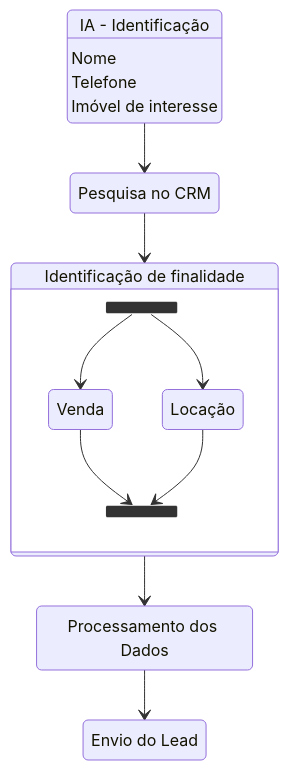
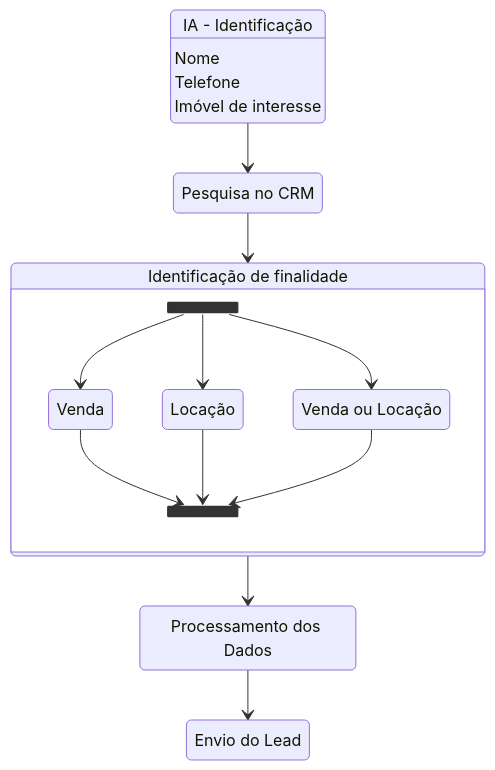
Before and after one commit to pepeleascov/cmsouza: the second of 2 diagrams in readme.md, drawn with Mermaid.

````diff
--- a/readme.md
+++ b/readme.md
@@ -151,30 +151,33 @@
 ```mermaid
 stateDiagram
     
     1: IA - Identificação
     1: Nome
     1: Telefone
     1: Imóvel de interesse
     2: Pesquisa no CRM
     3: Identificação de finalidade
     v: Venda
     l: Locação
+    vl: Venda ou Locação
     4: Processamento dos Dados
     5: Envio do Lead
     direction tb
     
     1 --> 2
     2 --> 3
     state 3 {
     state fork_state <<fork>>
     direction TB
         fork_state
         fork_state --> v
         fork_state --> l
+        fork_state --> vl
     state join_state <<join>>
     v --> join_state
     l --> join_state
+    vl --> join_state
     }
     3 --> 4
     4 --> 5
 ```
````
